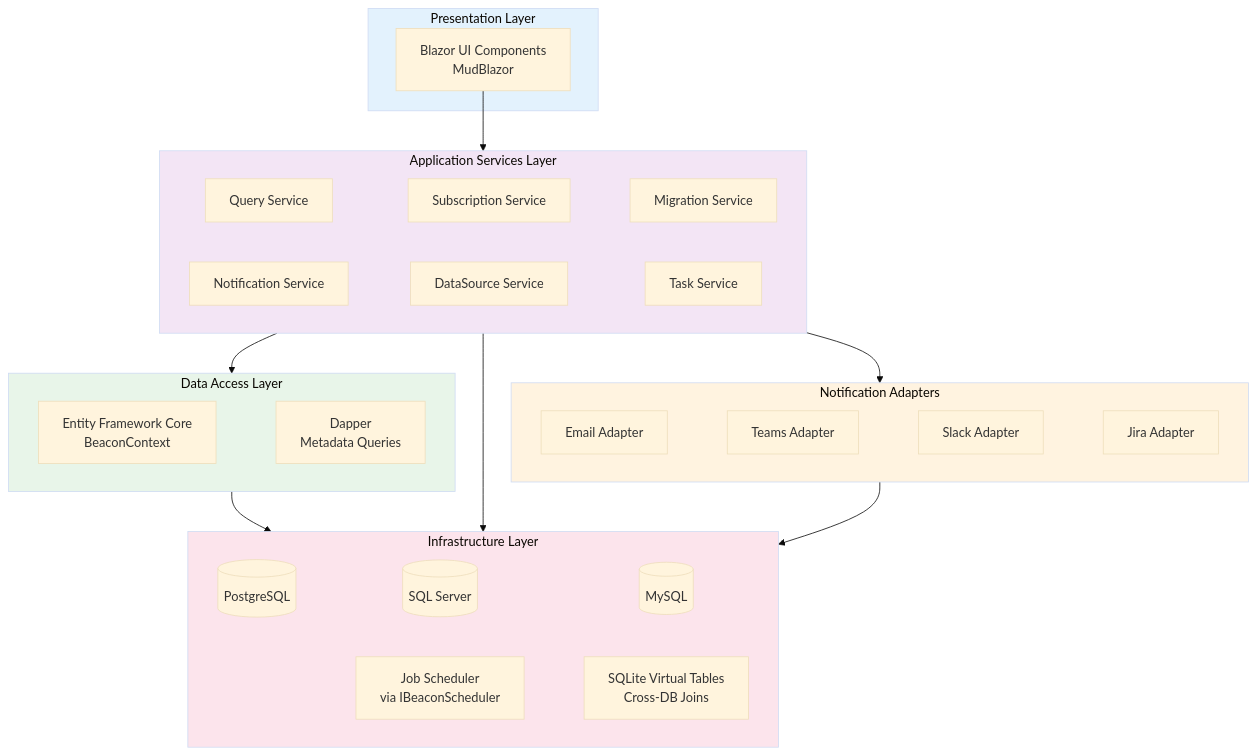
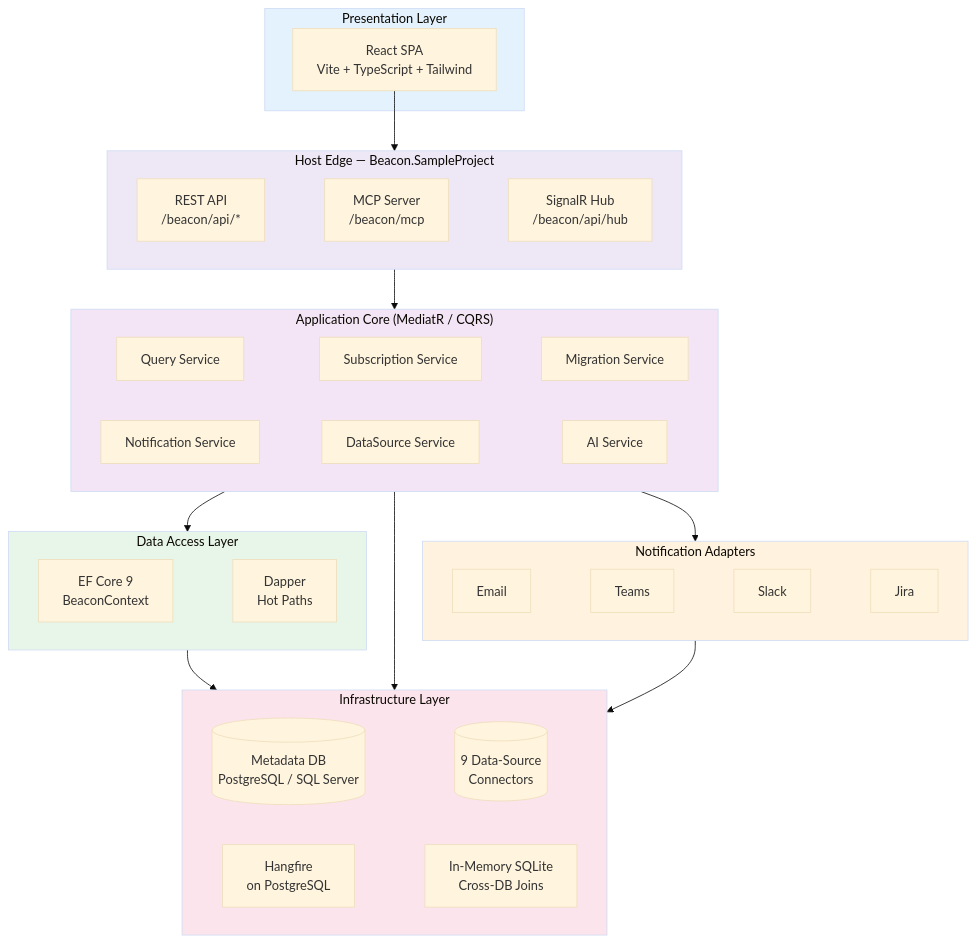
Before and after one commit to moberghr/beacon: the first of 3 diagrams in README.md, drawn with Mermaid (base theme). The commit also changed other lines of this file and 22 other files, not shown here.

````diff
--- a/README.md
+++ b/README.md
@@ -81,37 +90,43 @@
 ```mermaid
 graph TB
     subgraph UI["Presentation Layer"]
-        BlazorUI[Blazor UI Components<br/>MudBlazor]
+        React[React SPA<br/>Vite + TypeScript + Tailwind]
     end
 
-    subgraph Core["Application Services Layer"]
+    subgraph Edge["Host Edge — Beacon.SampleProject"]
+        RestApi[REST API<br/>/beacon/api/*] ~~~ Mcp[MCP Server<br/>/beacon/mcp] ~~~ Hub[SignalR Hub<br/>/beacon/api/hub]
+    end
+
+    subgraph Core["Application Core (MediatR / CQRS)"]
         QuerySvc[Query Service] ~~~ SubSvc[Subscription Service] ~~~ MigSvc[Migration Service]
-        NotifSvc[Notification Service] ~~~ DataSrcSvc[DataSource Service] ~~~ TaskSvc[Task Service]
+        NotifSvc[Notification Service] ~~~ DataSrcSvc[DataSource Service] ~~~ AiSvc[AI Service]
     end
 
     subgraph Adapters["Notification Adapters"]
-        EmailAdapter[Email Adapter] ~~~ TeamsAdapter[Teams Adapter] ~~~ SlackAdapter[Slack Adapter] ~~~ JiraAdapter[Jira Adapter]
+        EmailAdapter[Email] ~~~ TeamsAdapter[Teams] ~~~ SlackAdapter[Slack] ~~~ JiraAdapter[Jira]
     end
 
     subgraph Data["Data Access Layer"]
-        EFCore[Entity Framework Core<br/>BeaconContext] ~~~ Dapper[Dapper<br/>Metadata Queries]
+        EFCore[EF Core 9<br/>BeaconContext] ~~~ Dapper[Dapper<br/>Hot Paths]
     end
 
     subgraph Infrastructure["Infrastructure Layer"]
-        PgSQL[(PostgreSQL)] ~~~ MSSQL[(SQL Server)] ~~~ MySQL[(MySQL)]
-        Scheduler[Job Scheduler<br/>via IBeaconScheduler] ~~~ SQLiteVM[SQLite Virtual Tables<br/>Cross-DB Joins]
+        Meta[(Metadata DB<br/>PostgreSQL / SQL Server)] ~~~ Sources[(9 Data-Source<br/>Connectors)]
+        Scheduler[Hangfire<br/>on PostgreSQL] ~~~ SQLiteVM[In-Memory SQLite<br/>Cross-DB Joins]
     end
 
-    BlazorUI --> Core
+    React --> Edge
+    Edge --> Core
     Core --> Adapters
     Core --> Data
     Data --> Infrastructure
     Core --> Infrastructure
     Adapters --> Infrastructure
 
     style UI fill:#e3f2fd
+    style Edge fill:#ede7f6
     style Core fill:#f3e5f5
     style Adapters fill:#fff3e0
     style Data fill:#e8f5e9
     style Infrastructure fill:#fce4ec
 ```
````
